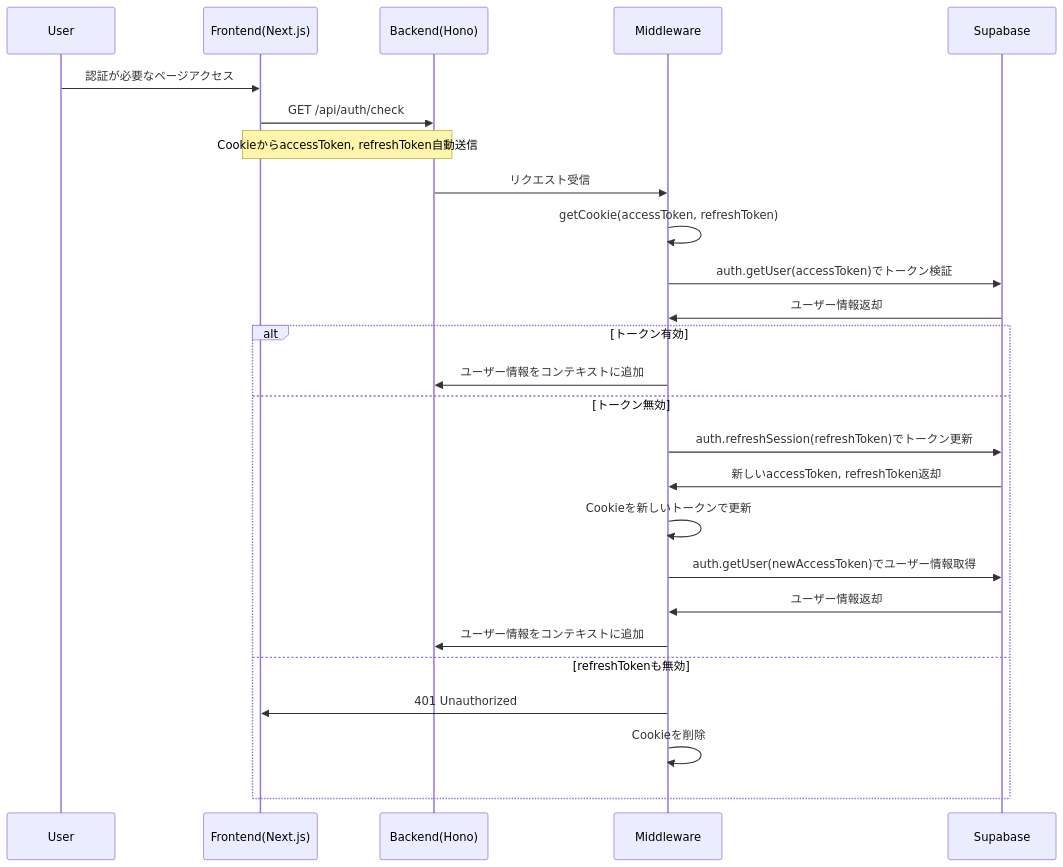
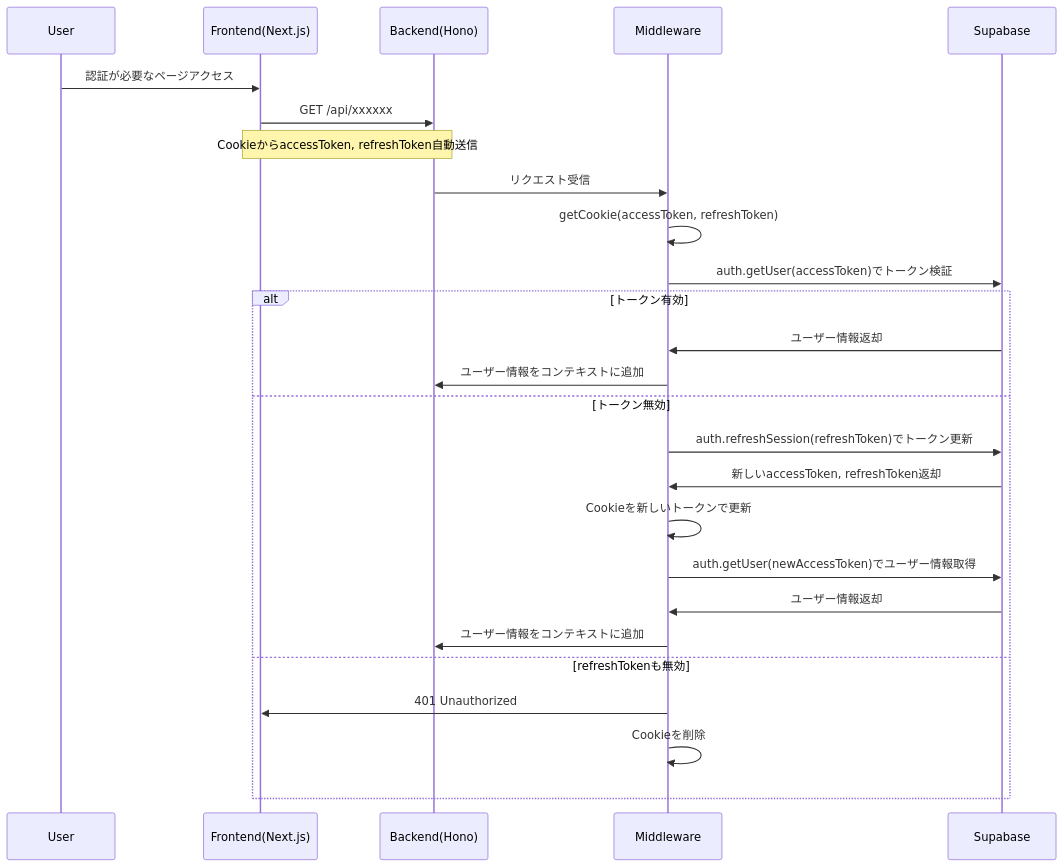
One commit to Takuya0202/foodsnap changed the third of 6 diagrams in docs/station3/doc.md. Above: the diagram before and after it, drawn with Mermaid. The commit also changed other lines of this file and 19 other files, not shown here.

````diff
--- a/docs/station3/doc.md
+++ b/docs/station3/doc.md
@@ -122,31 +126,30 @@
 ```mermaid
 sequenceDiagram
   participant U as User
   participant F as Frontend(Next.js)
   participant B as Backend(Hono)
   participant M as Middleware
   participant DB as Supabase
 
   U->>F: 認証が必要なページアクセス
-  F->>B: GET /api/auth/check
+  F->>B: GET /api/xxxxxx
   Note over F,B: CookieからaccessToken, refreshToken自動送信
   
   B->>M: リクエスト受信
   M->>M: getCookie(accessToken, refreshToken)
   M->>DB: auth.getUser(accessToken)でトークン検証
-  DB->>M: ユーザー情報返却
-  
   alt トークン有効
+    DB->>M: ユーザー情報返却
     M->>B: ユーザー情報をコンテキストに追加
   else トークン無効
     M->>DB: auth.refreshSession(refreshToken)でトークン更新
     DB->>M: 新しいaccessToken, refreshToken返却
     M->>M: Cookieを新しいトークンで更新
     M->>DB: auth.getUser(newAccessToken)でユーザー情報取得
     DB->>M: ユーザー情報返却
     M->>B: ユーザー情報をコンテキストに追加
-  else refreshTokenも無効
-    M->>F: 401 Unauthorized
-    M->>M: Cookieを削除
+    else refreshTokenも無効
+      M->>F: 401 Unauthorized
+      M->>M: Cookieを削除
   end
 ```
````
